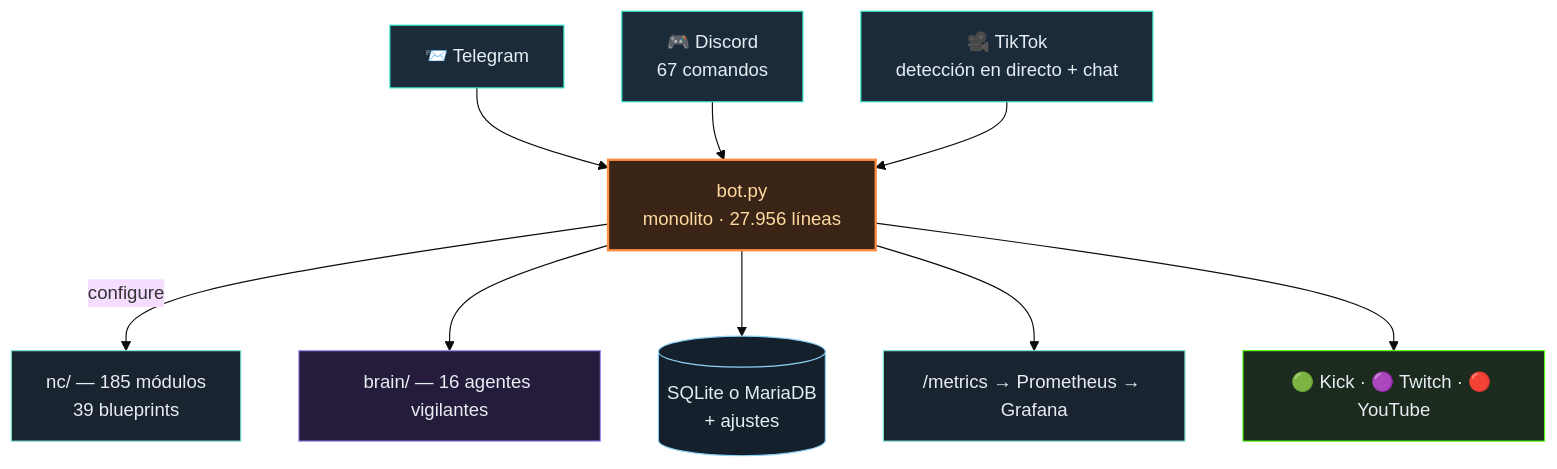
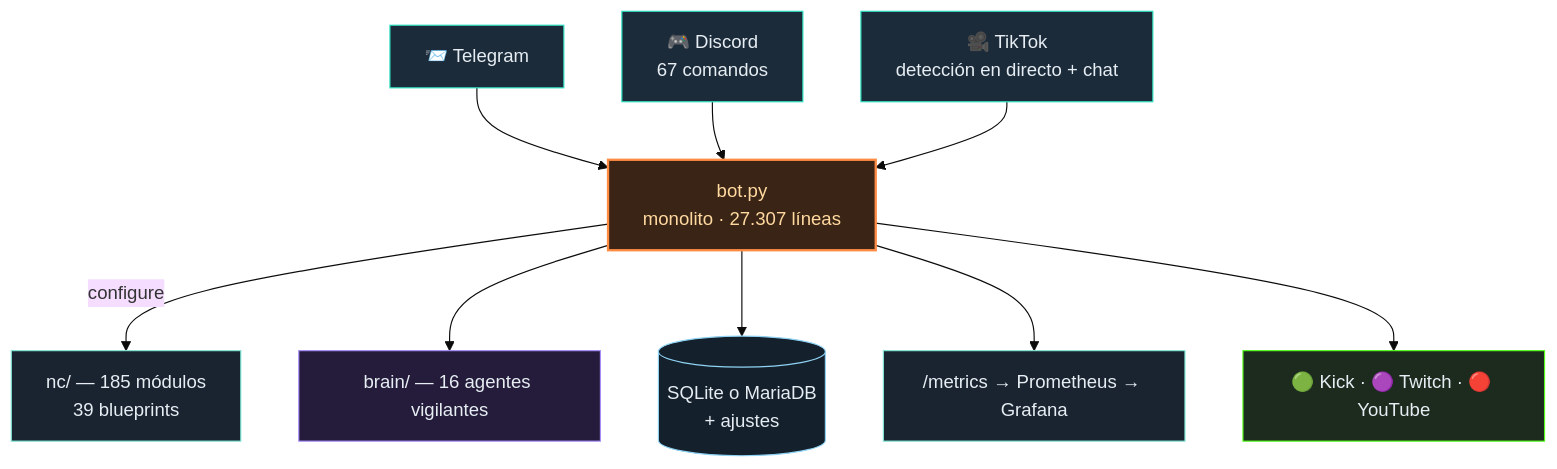
Before and after one commit to itsamemedev/Telegram-Stream-Info-Bot: the diagram in README.es.md, drawn with Mermaid (base theme). The commit also changed other lines of this file and 15 other files, not shown here.

````diff
--- a/README.es.md
+++ b/README.es.md
@@ -64,18 +64,18 @@
 ```mermaid
 flowchart TB
     TG["📨 Telegram"]:::ein --> BOT
     DC["🎮 Discord<br/>67 comandos"]:::ein --> BOT
     TT["🎥 TikTok<br/>detección en directo + chat"]:::ein --> BOT
-    BOT["bot.py<br/>monolito · 27.956 líneas"]:::core
+    BOT["bot.py<br/>monolito · 27.307 líneas"]:::core
     BOT -->|configure| NC["nc/ — 185 módulos<br/>39 blueprints"]:::lib
     BOT --> BRAIN["brain/ — 16 agentes vigilantes"]:::brain
     BOT --> DB[("SQLite o MariaDB<br/>+ ajustes")]:::db
     BOT --> PROM["/metrics → Prometheus → Grafana"]:::lib
     BOT --> OUT["🟢 Kick · 🟣 Twitch · 🔴 YouTube"]:::out
     classDef ein fill:#1c2b3a,stroke:#2de1c2,color:#e6edf3
     classDef core fill:#3a2415,stroke:#ff8c42,stroke-width:2px,color:#ffd9a0
     classDef lib fill:#1a2430,stroke:#7fe7d4,color:#e6edf3
     classDef brain fill:#241c3a,stroke:#a78bfa,color:#e6edf3
     classDef db fill:#14202c,stroke:#8fd3f4,color:#e6edf3
     classDef out fill:#1c2b1e,stroke:#53fc18,color:#e6edf3
 ```
````
